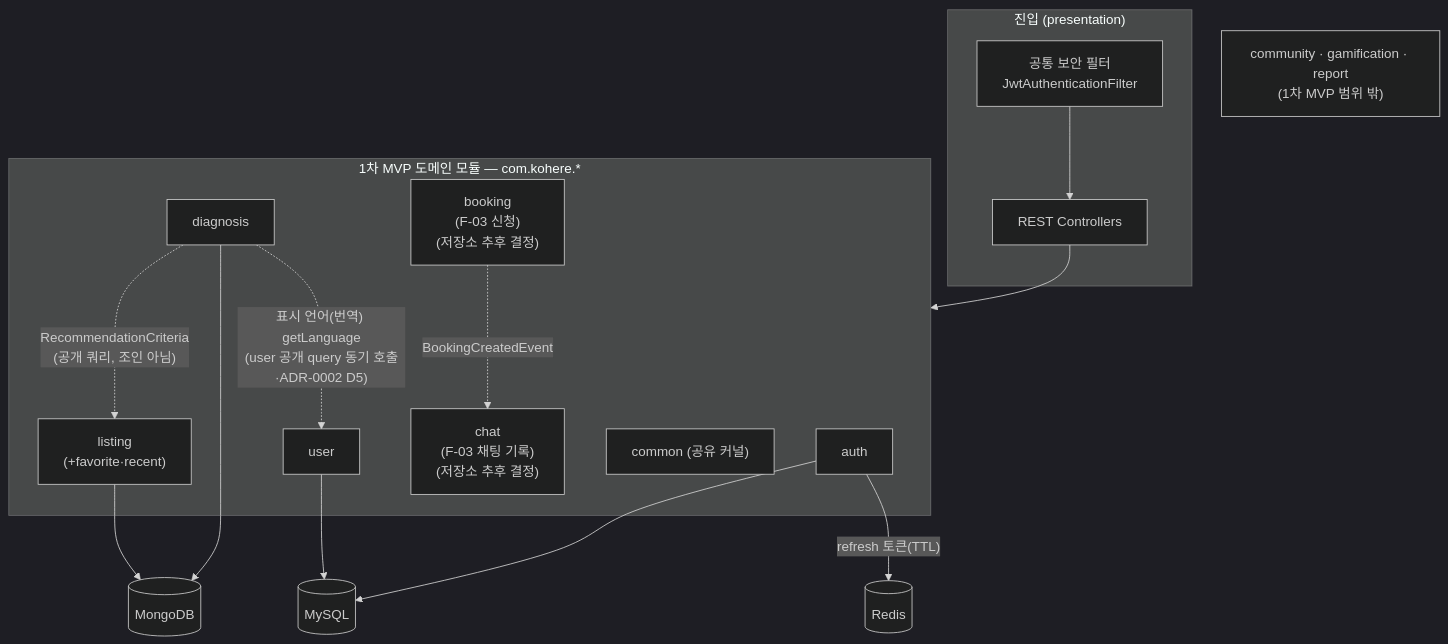
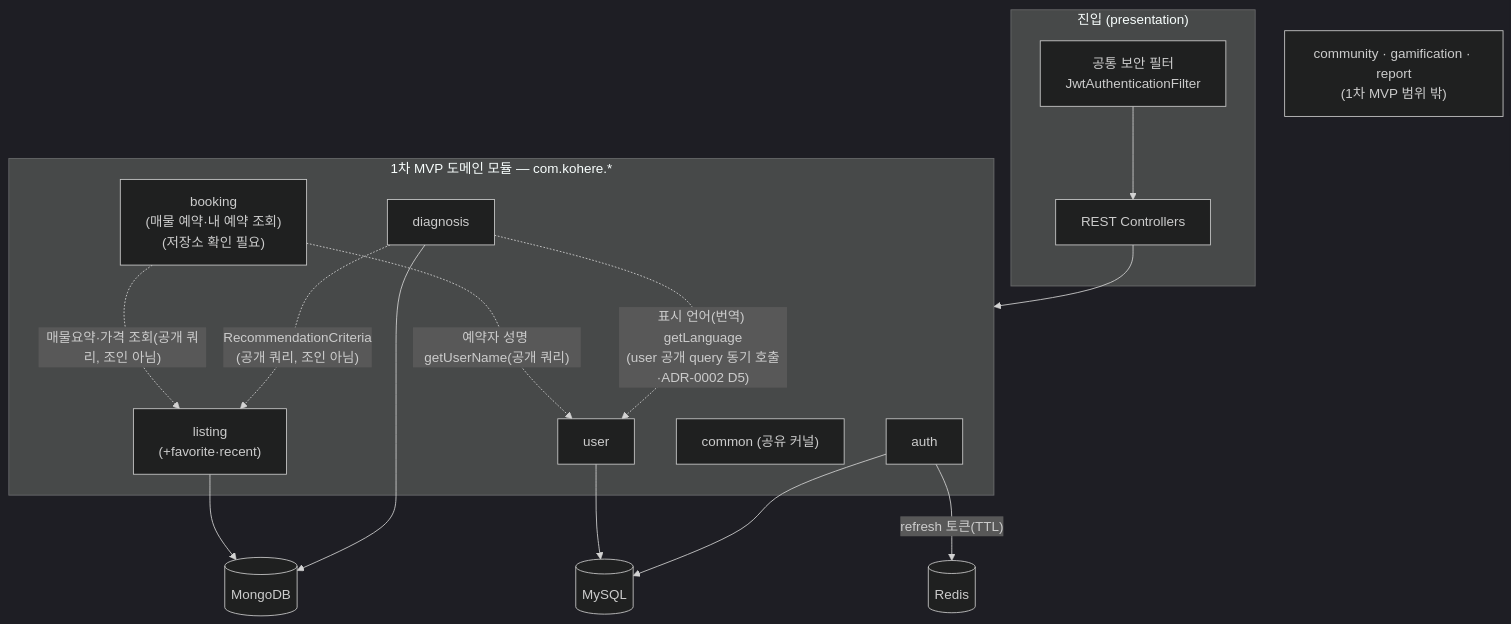
One commit to jameskim9509/Kohere-backend changed the second of 5 diagrams in docs/architecture/system-overview.md. Above: the diagram before and after it, drawn with Mermaid (dark theme). The commit also changed other lines of this file and 15 other files, not shown here.

````diff
--- a/docs/architecture/system-overview.md
+++ b/docs/architecture/system-overview.md
@@ -75,35 +75,36 @@
 ```mermaid
 flowchart TB
     subgraph Entry["진입 (presentation)"]
       FILTER["공통 보안 필터<br/>JwtAuthenticationFilter"]
       REST["REST Controllers"]
     end
 
     subgraph Mods["1차 MVP 도메인 모듈 — com.kohere.*"]
       AUTH["auth"]
       USER["user"]
       DIAG["diagnosis"]
       LIST["listing<br/>(+favorite·recent)"]
-      BOOKING["booking<br/>(F-03 신청)<br/>(저장소 추후 결정)"]
-      CHAT["chat<br/>(F-03 채팅 기록)<br/>(저장소 추후 결정)"]
+      BOOKING["booking<br/>(매물 예약·내 예약 조회)<br/>(저장소 확인 필요)"]
       CMN["common (공유 커널)"]
     end
 
     MYSQL[("MySQL")]
     MONGO[("MongoDB")]
     REDIS[("Redis")]
 
     FILTER --> REST --> Mods
 
     DIAG -. "RecommendationCriteria<br/>(공개 쿼리, 조인 아님)" .-> LIST
     DIAG -. "표시 언어(번역) getLanguage<br/>(user 공개 query 동기 호출·ADR-0002 D5)" .-> USER
-    BOOKING -. "BookingCreatedEvent" .-> CHAT
+    BOOKING -. "매물요약·가격 조회(공개 쿼리, 조인 아님)" .-> LIST
+    BOOKING -. "예약자 성명 getUserName(공개 쿼리)" .-> USER
+    %% BookingCreatedEvent → chat(인앱 채팅 기록)은 후속·이연(1차 MVP 제외)
 
     AUTH --> MYSQL
     AUTH -- "refresh 토큰(TTL)" --> REDIS
     USER --> MYSQL
     DIAG --> MONGO
     LIST --> MONGO
 
     DEFER["community · gamification · report<br/>(1차 MVP 범위 밖)"]
 ```
````
